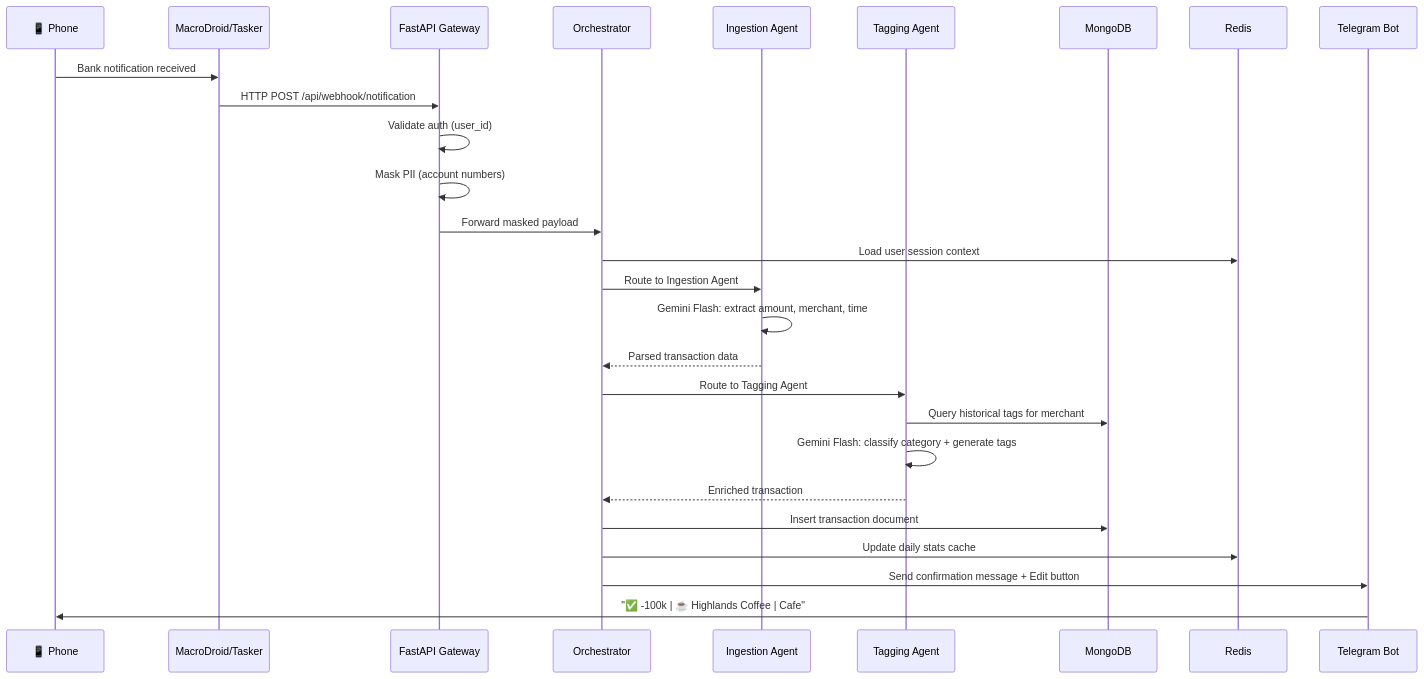
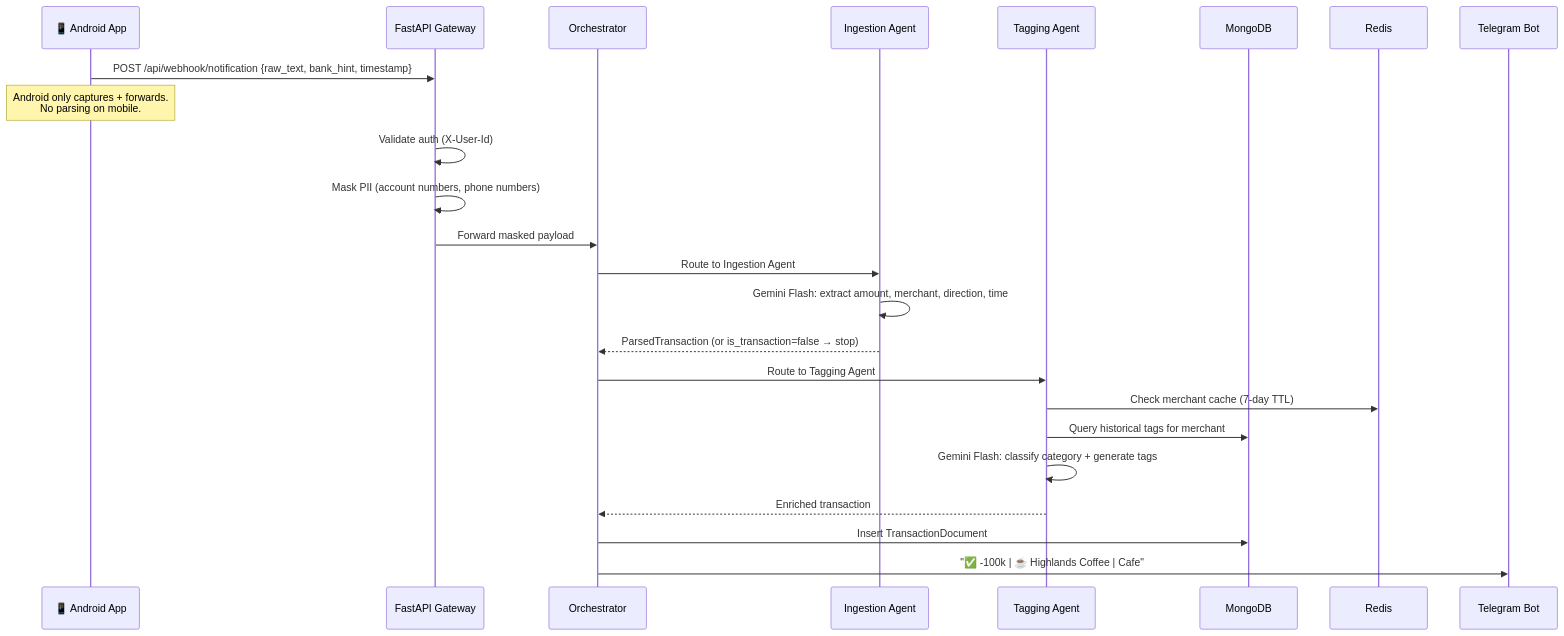
Before and after one commit to nqhuy44/chiwi: the first of 14 diagrams in docs/FLOWS.md, drawn with Mermaid. The commit also changed other lines of this file and 30 other files, not shown here.

````diff
--- a/docs/FLOWS.md
+++ b/docs/FLOWS.md
@@ -5,30 +7,27 @@
 ```mermaid
 sequenceDiagram
-    participant Phone as 📱 Phone
-    participant MD as MacroDroid/Tasker
+    participant Android as 📱 Android App
     participant GW as FastAPI Gateway
     participant Orch as Orchestrator
     participant IA as Ingestion Agent
     participant TA as Tagging Agent
     participant Mongo as MongoDB
     participant Redis as Redis
     participant TG as Telegram Bot
 
-    Phone->>MD: Bank notification received
-    MD->>GW: HTTP POST /api/webhook/notification
-    GW->>GW: Validate auth (user_id)
-    GW->>GW: Mask PII (account numbers)
+    Android->>GW: POST /api/webhook/notification {raw_text, bank_hint, timestamp}
+    Note over Android: Android only captures + forwards.<br/>No parsing on mobile.
+    GW->>GW: Validate auth (X-User-Id)
+    GW->>GW: Mask PII (account numbers, phone numbers)
     GW->>Orch: Forward masked payload
-    Orch->>Redis: Load user session context
     Orch->>IA: Route to Ingestion Agent
-    IA->>IA: Gemini Flash: extract amount, merchant, time
-    IA-->>Orch: Parsed transaction data
+    IA->>IA: Gemini Flash: extract amount, merchant, direction, time
+    IA-->>Orch: ParsedTransaction (or is_transaction=false → stop)
     Orch->>TA: Route to Tagging Agent
+    TA->>Redis: Check merchant cache (7-day TTL)
     TA->>Mongo: Query historical tags for merchant
     TA->>TA: Gemini Flash: classify category + generate tags
     TA-->>Orch: Enriched transaction
-    Orch->>Mongo: Insert transaction document
-    Orch->>Redis: Update daily stats cache
-    Orch->>TG: Send confirmation message + Edit button
-    TG->>Phone: "✅ -100k | ☕ Highlands Coffee | Cafe"
+    Orch->>Mongo: Insert TransactionDocument
+    Orch->>TG: "✅ -100k | ☕ Highlands Coffee | Cafe"
 ```
````
